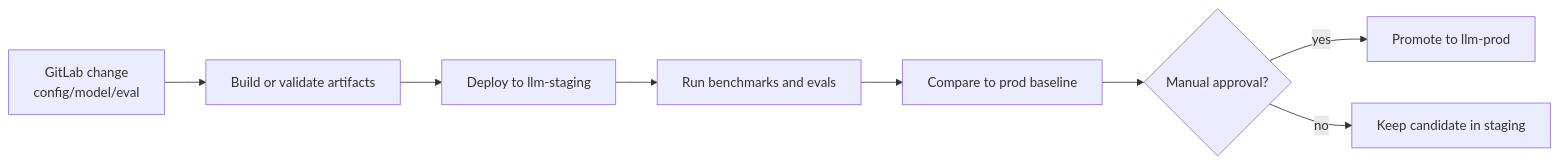
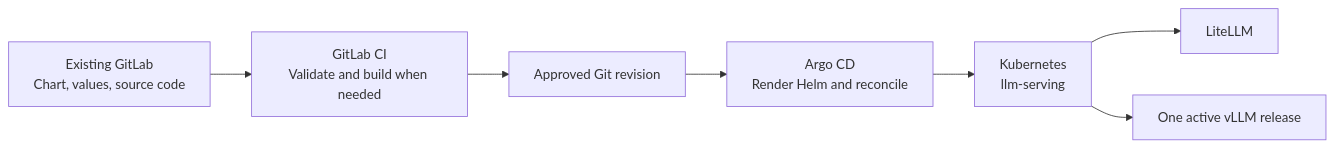
Before and after one commit to CopyPasteFail/llm-on-prem: the second of 2 diagrams in docs/architecture.md, drawn with Mermaid. The commit also changed other lines of this file, not shown here.

Commit message:
Align architecture with v0.1.0 GitOps model

````diff
--- a/docs/architecture.md
+++ b/docs/architecture.md
@@ -94,10 +48,9 @@
 ```mermaid
 flowchart LR
-    git["GitLab change\nconfig/model/eval"] --> build["Build or validate artifacts"]
-    build --> deploy_staging["Deploy to llm-staging"]
-    deploy_staging --> evals["Run benchmarks and evals"]
-    evals --> compare["Compare to prod baseline"]
-    compare --> approval{"Manual approval?"}
-    approval -->|yes| prod["Promote to llm-prod"]
-    approval -->|no| stop["Keep candidate in staging"]
+    git["Existing GitLab\nChart, values, source code"] --> ci["GitLab CI\nValidate and build when needed"]
+    ci --> merge["Approved Git revision"]
+    merge --> argo["Argo CD\nRender Helm and reconcile"]
+    argo --> k8s["Kubernetes\nllm-serving"]
+    k8s --> litellm["LiteLLM"]
+    k8s --> vllm["One active vLLM release"]
 ```
````
